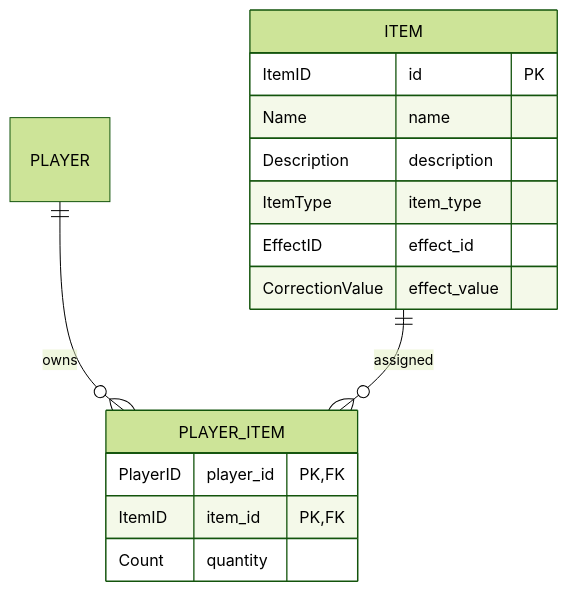
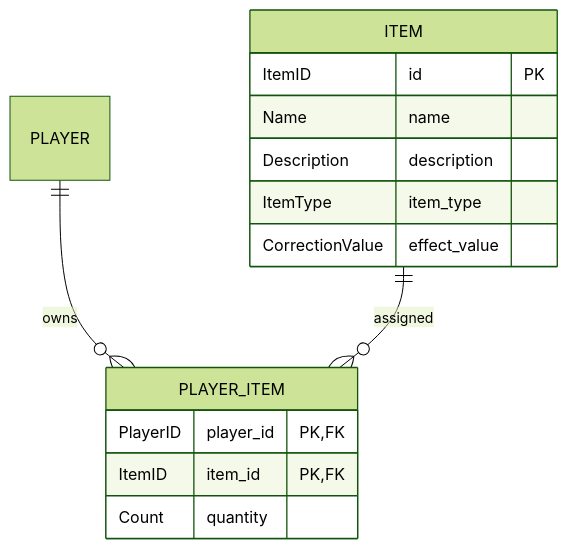
One commit to ReHydrangeaOdyssey/Specifications changed the fourth of 8 diagrams in design/data_base.md. Above: the diagram before and after it, drawn with Mermaid (forest theme). The commit also changed other lines of this file and 14 other files, not shown here.

````diff
--- a/design/data_base.md
+++ b/design/data_base.md
@@ -194,20 +194,19 @@
 ```mermaid
 erDiagram
     ITEM {
         ItemID id PK
         Name name
         Description description
         ItemType item_type
-        EffectID effect_id
         CorrectionValue effect_value
     }
 
     PLAYER_ITEM {
         PlayerID player_id PK, FK
         ItemID item_id PK, FK
         Count quantity
     }
 
     PLAYER ||--o{ PLAYER_ITEM : owns
     ITEM ||--o{ PLAYER_ITEM : assigned
 ```
````
